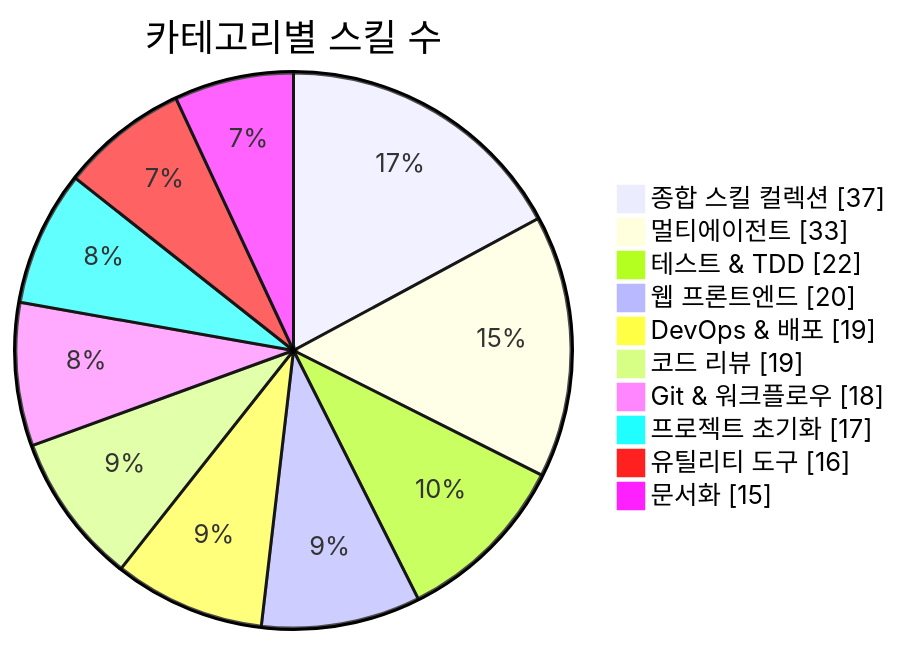
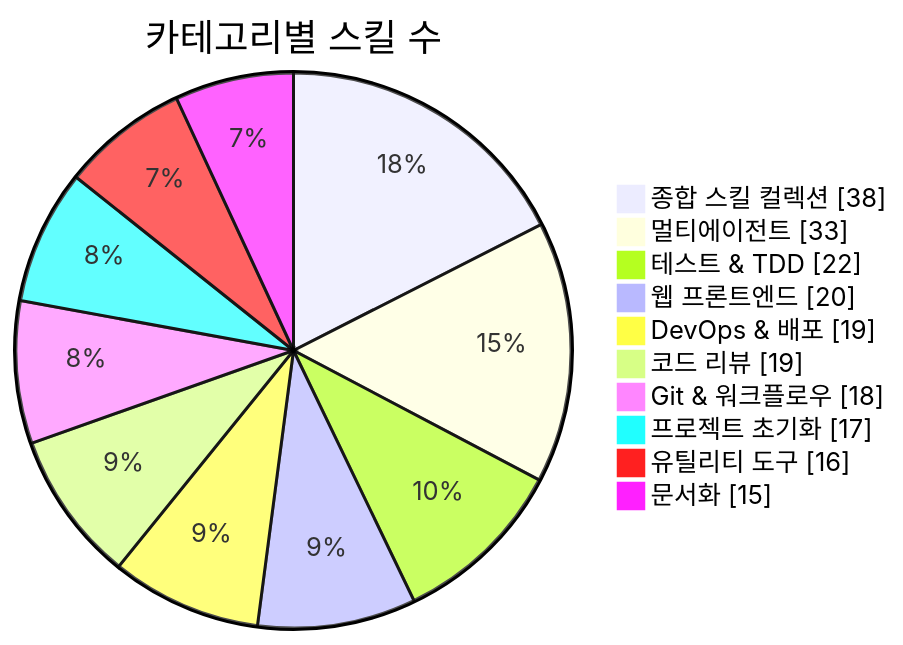
The first of 3 diagrams in README.md (J-nowcow/awesome-korean-agent-skills), drawn with Mermaid before and after one commit. The commit also changed other lines of this file and 3 other files, not shown here.

````diff
--- a/README.md
+++ b/README.md
@@ -176,14 +176,14 @@
 ```mermaid
 pie showData
     title 카테고리별 스킬 수
-    "종합 스킬 컬렉션" : 37
+    "종합 스킬 컬렉션" : 38
     "멀티에이전트" : 33
     "테스트 & TDD" : 22
     "웹 프론트엔드" : 20
     "DevOps & 배포" : 19
     "코드 리뷰" : 19
     "Git & 워크플로우" : 18
     "프로젝트 초기화" : 17
     "유틸리티 도구" : 16
     "문서화" : 15
 ```
````
